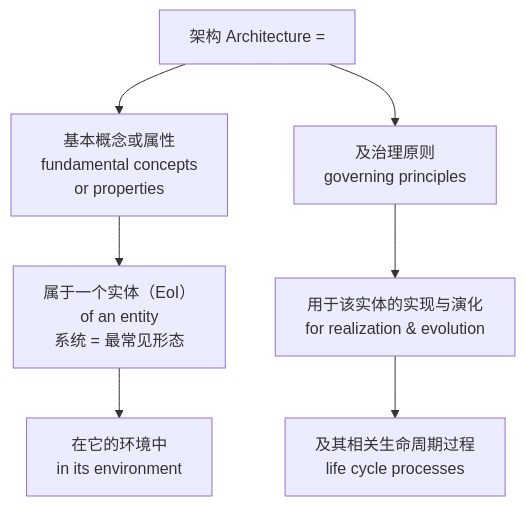
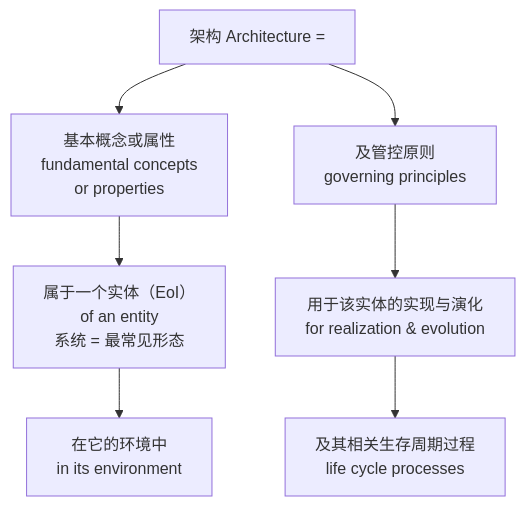
One commit to Yongjunzhou/AOS-system-design changed the second of 5 diagrams in 100-subprojects/01-系统工程研究/03-架构师是个怎样的物种/10-第10章-架构.md. Above: the diagram before and after it, drawn with Mermaid. The commit also changed other lines of this file and 42 other files, not shown here.

````diff
--- a/100-subprojects/01-系统工程研究/03-架构师是个怎样的物种/10-第10章-架构.md
+++ b/100-subprojects/01-系统工程研究/03-架构师是个怎样的物种/10-第10章-架构.md
@@ -127,9 +128,9 @@
 ```mermaid
 flowchart TD
     A["架构 Architecture ="] --> B["基本概念或属性<br/>fundamental concepts<br/>or properties"]
     B --> C["属于一个实体（EoI）<br/>of an entity<br/>系统 = 最常见形态"]
     C --> D["在它的环境中<br/>in its environment"]
-    A --> Z["及治理原则<br/>governing principles"]
+    A --> Z["及管控原则<br/>governing principles"]
     Z --> E["用于该实体的实现与演化<br/>for realization & evolution"]
-    E --> F["及其相关生命周期过程<br/>life cycle processes"]
+    E --> F["及其相关生存周期过程<br/>life cycle processes"]
 ```
````
